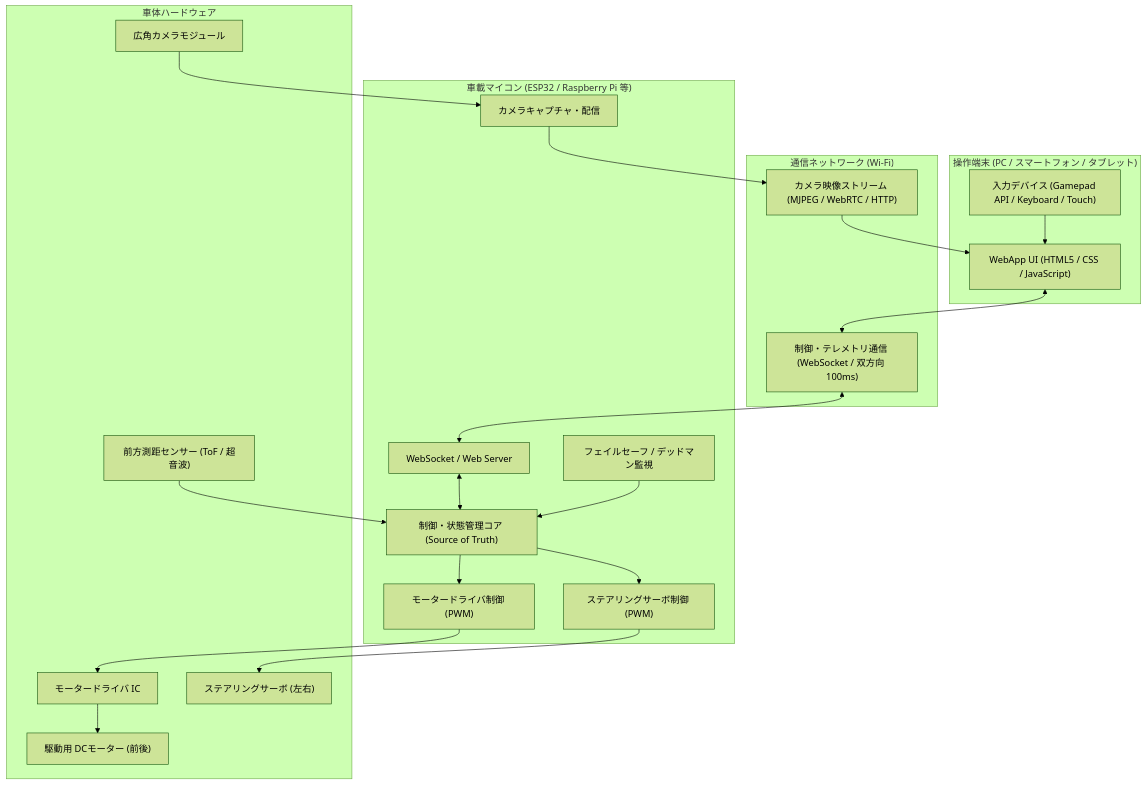
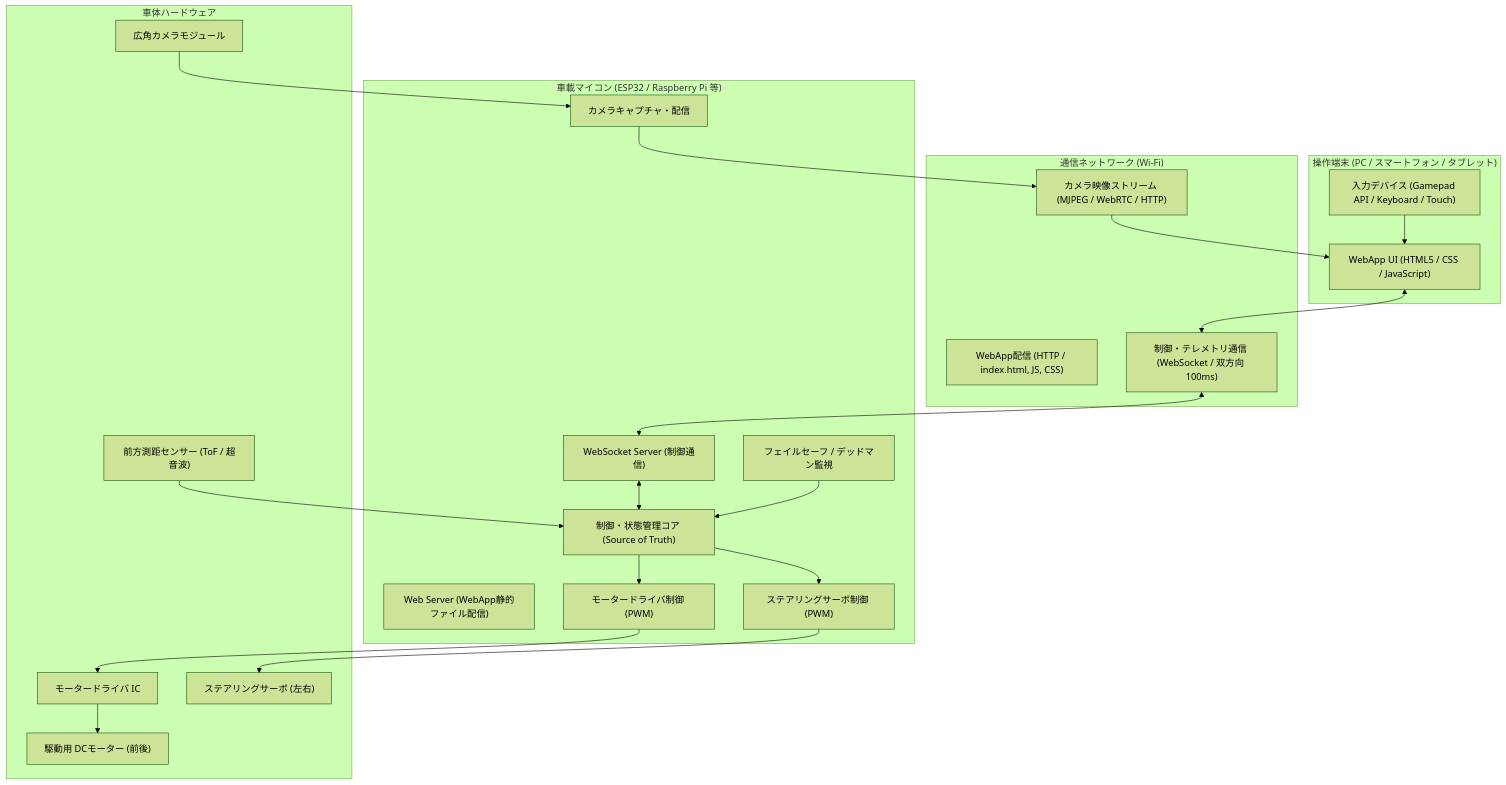
The first of 3 diagrams in docs/system-architecture.md (tut-cc/mini-4wd-webapp), drawn with Mermaid (forest theme) before and after one commit. The commit also changed other lines of this file and 4 other files, not shown here.

````diff
--- a/docs/system-architecture.md
+++ b/docs/system-architecture.md
@@ -9,39 +9,41 @@
 ```mermaid
 flowchart TB
     subgraph Client["操作端末 (PC / スマートフォン / タブレット)"]
         UI["WebApp UI (HTML5 / CSS / JavaScript)"]
         GP["入力デバイス (Gamepad API / Keyboard / Touch)"]
         GP --> UI
     end
 
     subgraph Comm["通信ネットワーク (Wi-Fi)"]
+        HTTP_UI["WebApp配信 (HTTP / index.html, JS, CSS)"]
         WS_CH["制御・テレメトリ通信 (WebSocket / 双方向 100ms)"]
         CAM_CH["カメラ映像ストリーム (MJPEG / WebRTC / HTTP)"]
     end
 
     subgraph MCU["車載マイコン (ESP32 / Raspberry Pi 等)"]
-        WS_SVR["WebSocket / Web Server"]
+        HTTP_SVR["Web Server (WebApp静的ファイル配信)"]
+        WS_SVR["WebSocket Server (制御通信)"]
         CTRL["制御・状態管理コア (Source of Truth)"]
         FAIL["フェイルセーフ / デッドマン監視"]
         CAM_DRV["カメラキャプチャ・配信"]
         MOTOR_DRV["モータードライバ制御 (PWM)"]
         SERVO_DRV["ステアリングサーボ制御 (PWM)"]
         
         WS_SVR <--> CTRL
         FAIL --> CTRL
         CTRL --> MOTOR_DRV
         CTRL --> SERVO_DRV
     end
 
     subgraph Hardware["車体ハードウェア"]
         M_DRV["モータードライバ IC"] --> DC_M["駆動用 DCモーター (前後)"]
         SERVO["ステアリングサーボ (左右)"]
         LIDAR["前方測距センサー (ToF / 超音波)"] --> CTRL
         CAM["広角カメラモジュール"] --> CAM_DRV
     end
 
     UI <--> WS_CH <--> WS_SVR
     CAM_DRV --> CAM_CH --> UI
     MOTOR_DRV --> M_DRV
     SERVO_DRV --> SERVO
 ```
````
